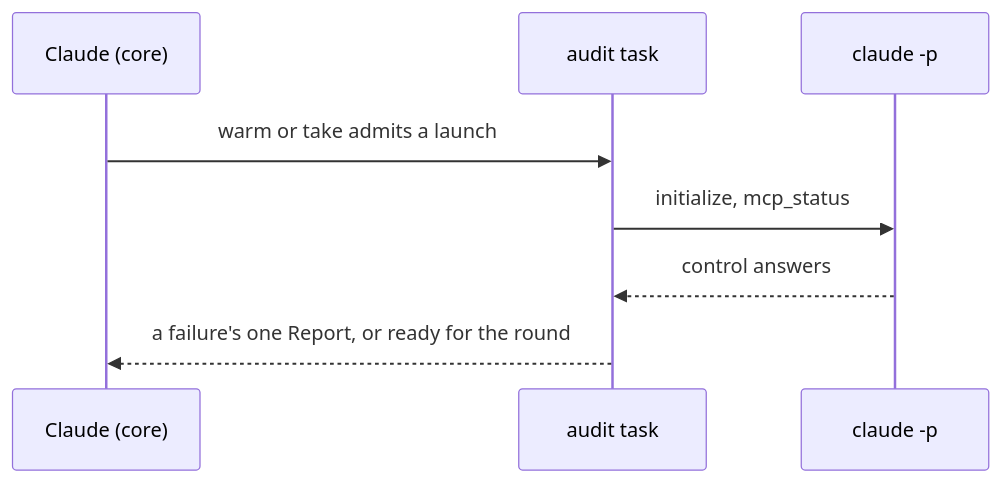
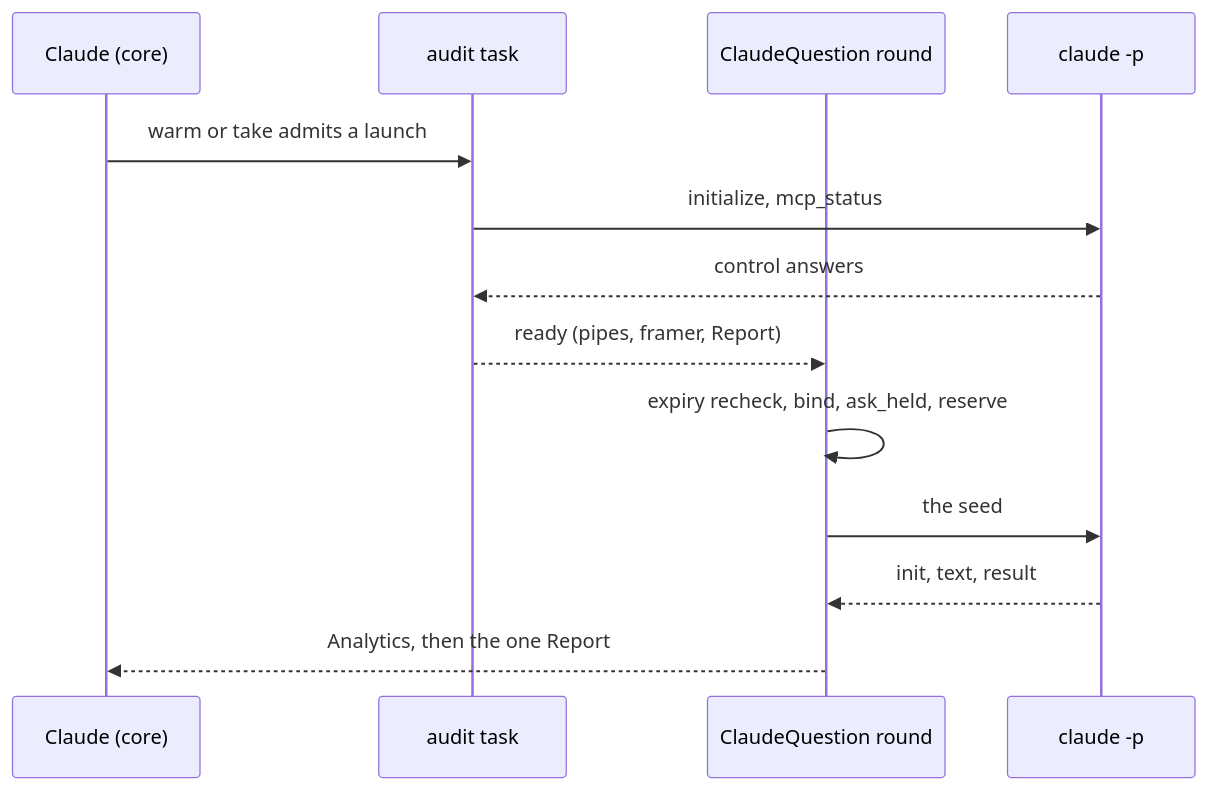
One commit to labcoder/capsula changed the fifth of 6 diagrams in docs/development/claude-code.md. Above: the diagram before and after it, drawn with Mermaid. The commit also changed other lines of this file and 10 other files, not shown here.

Commit message:
feat(brain): ask claude code questions on audited launches

````diff
--- a/docs/development/claude-code.md
+++ b/docs/development/claude-code.md
@@ -404,10 +421,15 @@
 ```mermaid
 sequenceDiagram
     participant Core as Claude (core)
     participant Audit as audit task
+    participant Round as ClaudeQuestion round
     participant Child as claude -p
     Core->>Audit: warm or take admits a launch
     Audit->>Child: initialize, mcp_status
     Child-->>Audit: control answers
-    Audit-->>Core: a failure's one Report, or ready for the round
+    Audit-->>Round: ready (pipes, framer, Report)
+    Round->>Round: expiry recheck, bind, ask_held, reserve
+    Round->>Child: the seed
+    Child-->>Round: init, text, result
+    Round-->>Core: Analytics, then the one Report
 ```
````
